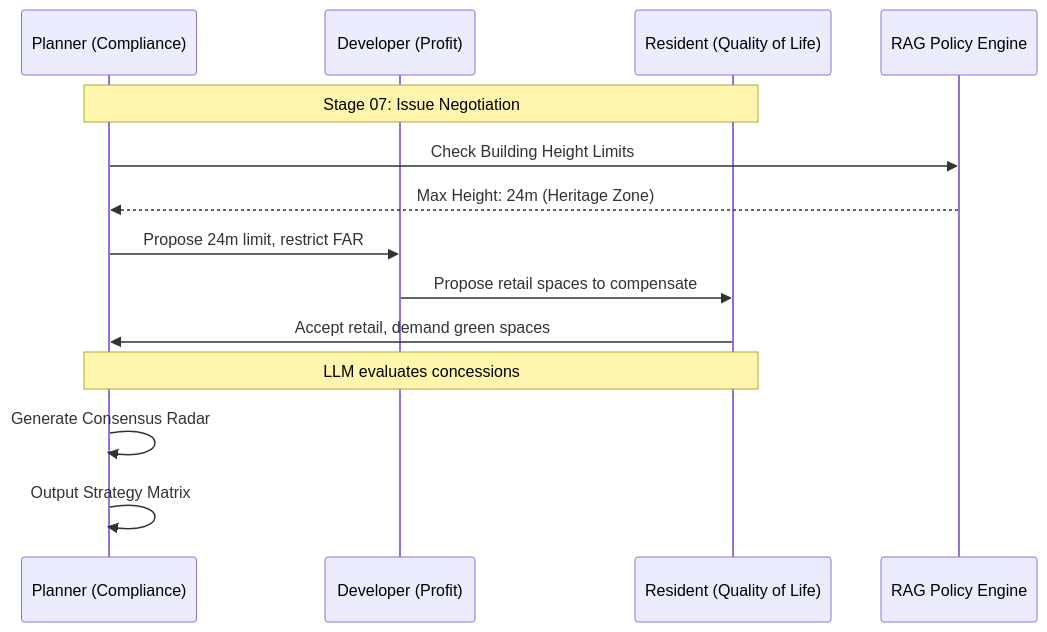
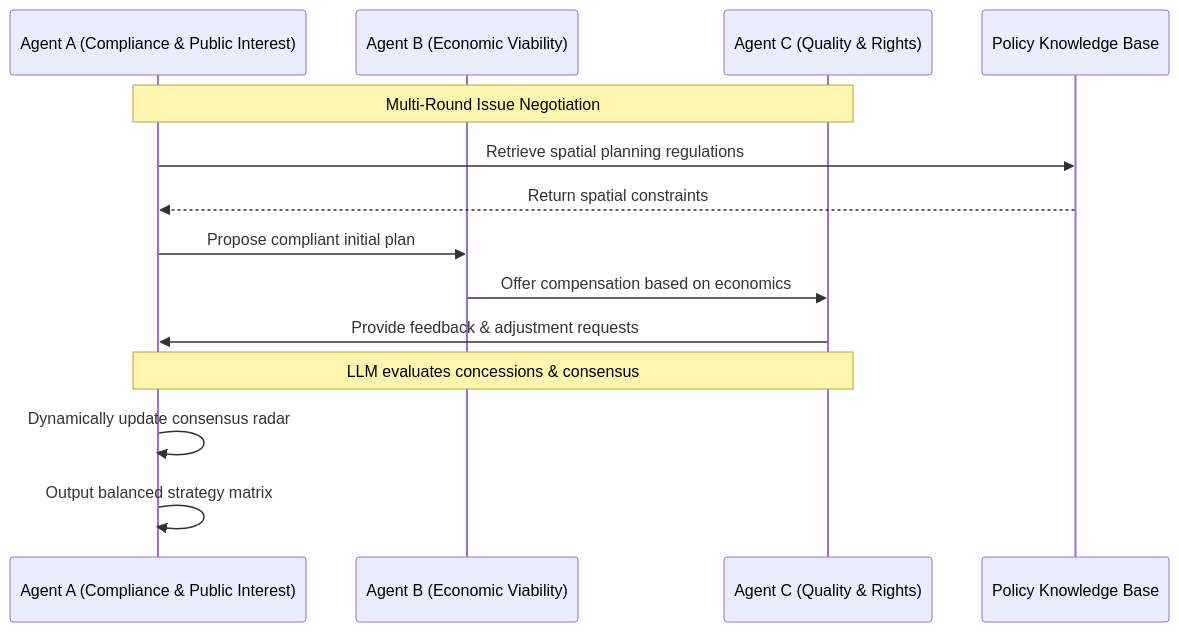
The second of 3 diagrams in README_EN.md (Chain813/ultimate-design), drawn with Mermaid before and after one commit. The commit also changed other lines of this file and 1 other file, not shown here.

Commit message:
docs: restructure and de-brand core function diagrams

````diff
--- a/README_EN.md
+++ b/README_EN.md
@@ -150,17 +83,17 @@
 ```mermaid
 sequenceDiagram
-    participant P as Planner (Compliance)
-    participant D as Developer (Profit)
-    participant R as Resident (Quality of Life)
-    participant RAG as RAG Policy Engine
+    participant P as Agent A (Compliance & Public Interest)
+    participant D as Agent B (Economic Viability)
+    participant R as Agent C (Quality & Rights)
+    participant RAG as Policy Knowledge Base
     
-    Note over P, R: Stage 07: Issue Negotiation
-    P->>RAG: Check Building Height Limits
-    RAG-->>P: Max Height: 24m (Heritage Zone)
-    P->>D: Propose 24m limit, restrict FAR
-    D->>R: Propose retail spaces to compensate
-    R->>P: Accept retail, demand green spaces
-    Note over P, R: LLM evaluates concessions
-    P->>P: Generate Consensus Radar
-    P->>P: Output Strategy Matrix
+    Note over P, R: Multi-Round Issue Negotiation
+    P->>RAG: Retrieve spatial planning regulations
+    RAG-->>P: Return spatial constraints
+    P->>D: Propose compliant initial plan
+    D->>R: Offer compensation based on economics
+    R->>P: Provide feedback & adjustment requests
+    Note over P, R: LLM evaluates concessions & consensus
+    P->>P: Dynamically update consensus radar
+    P->>P: Output balanced strategy matrix
 ```
````
